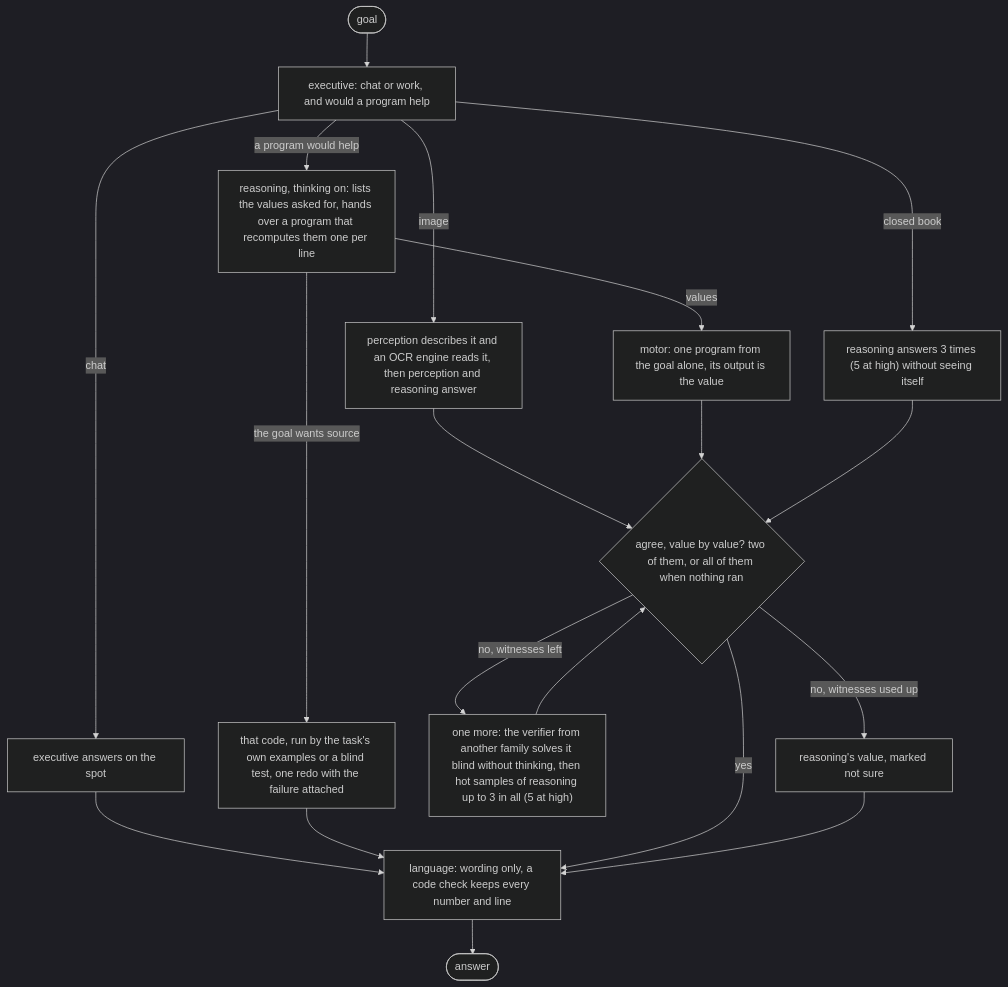
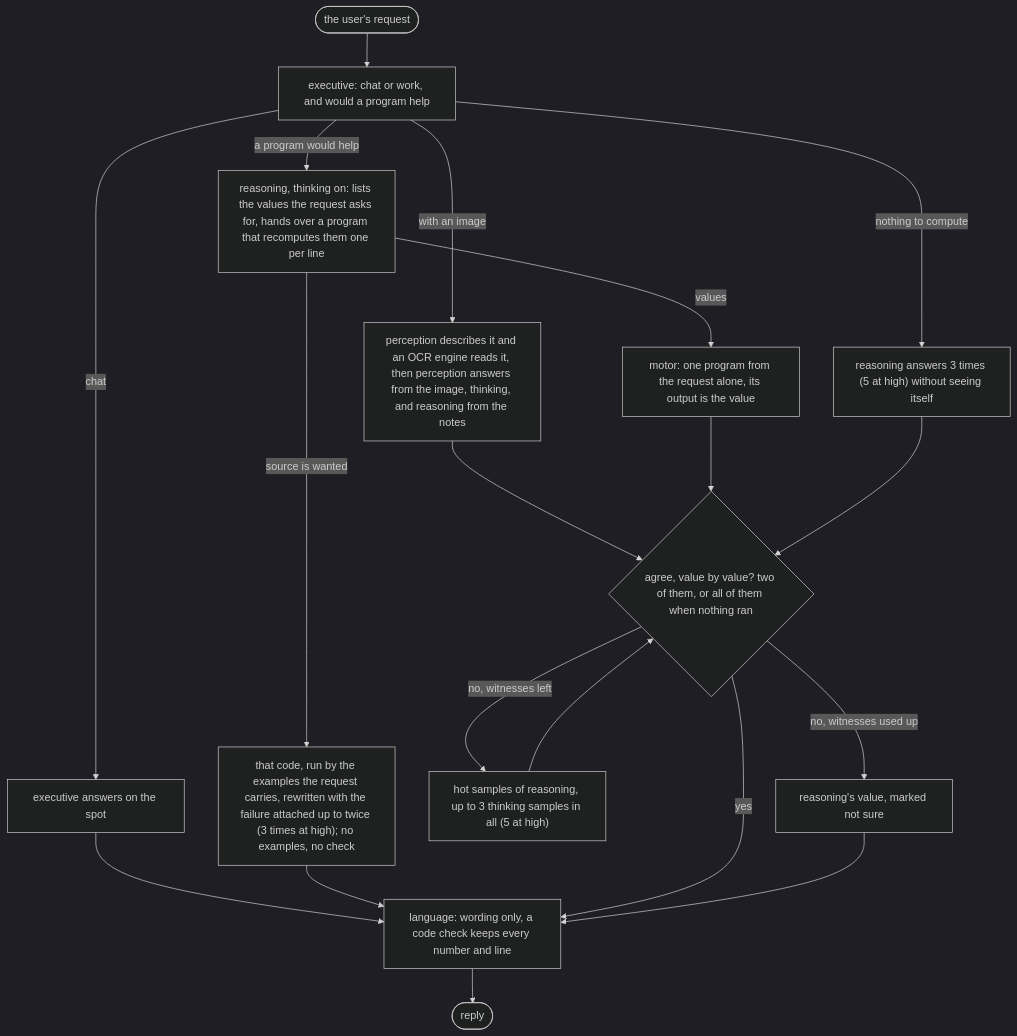
The second of 2 diagrams in README.md (VecSzn/lobes), drawn with Mermaid (dark theme) before and after one commit. The commit also changed other lines of this file and 19 other files, not shown here.

Commit message:
the verifier stops voting, an image pair must include perception, the cap counts generated tokens; a repeat run says the score is level with the 9B and the win is cost

````diff
--- a/README.md
+++ b/README.md
@@ -96,13 +81,13 @@
 ```mermaid
 flowchart TD
-  G(["goal"]) --> E["executive: chat or work, and would a program help"]
+  G(["the user's request"]) --> E["executive: chat or work, and would a program help"]
   E -->|chat| F["executive answers on the spot"] --> L
-  E -->|image| P["perception describes it and an OCR engine reads it, then perception and reasoning answer"] --> A
-  E -->|a program would help| R["reasoning, thinking on: lists the values asked for, hands over a program that recomputes them one per line"]
-  R -->|the goal wants source| C["that code, run by the task's own examples or a blind test, one redo with the failure attached"] --> L
-  R -->|values| M["motor: one program from the goal alone, its output is the value"] --> A{"agree, value by value? two of them, or all of them when nothing ran"}
-  E -->|closed book| Q["reasoning answers 3 times (5 at high) without seeing itself"] --> A
-  A -->|no, witnesses left| V["one more: the verifier from another family solves it blind without thinking, then hot samples of reasoning up to 3 in all (5 at high)"] --> A
-  A -->|yes| L["language: wording only, a code check keeps every number and line"] --> ANS(["answer"])
+  E -->|with an image| P["perception describes it and an OCR engine reads it, then perception answers from the image, thinking, and reasoning from the notes"] --> A
+  E -->|a program would help| R["reasoning, thinking on: lists the values the request asks for, hands over a program that recomputes them one per line"]
+  R -->|source is wanted| C["that code, run by the examples the request carries, rewritten with the failure attached up to twice (3 times at high); no examples, no check"] --> L
+  R -->|values| M["motor: one program from the request alone, its output is the value"] --> A{"agree, value by value? two of them, or all of them when nothing ran"}
+  E -->|nothing to compute| Q["reasoning answers 3 times (5 at high) without seeing itself"] --> A
+  A -->|no, witnesses left| V["hot samples of reasoning, up to 3 thinking samples in all (5 at high)"] --> A
+  A -->|yes| L["language: wording only, a code check keeps every number and line"] --> ANS(["reply"])
   A -->|no, witnesses used up| H["reasoning's value, marked not sure"] --> L
 ```
````
